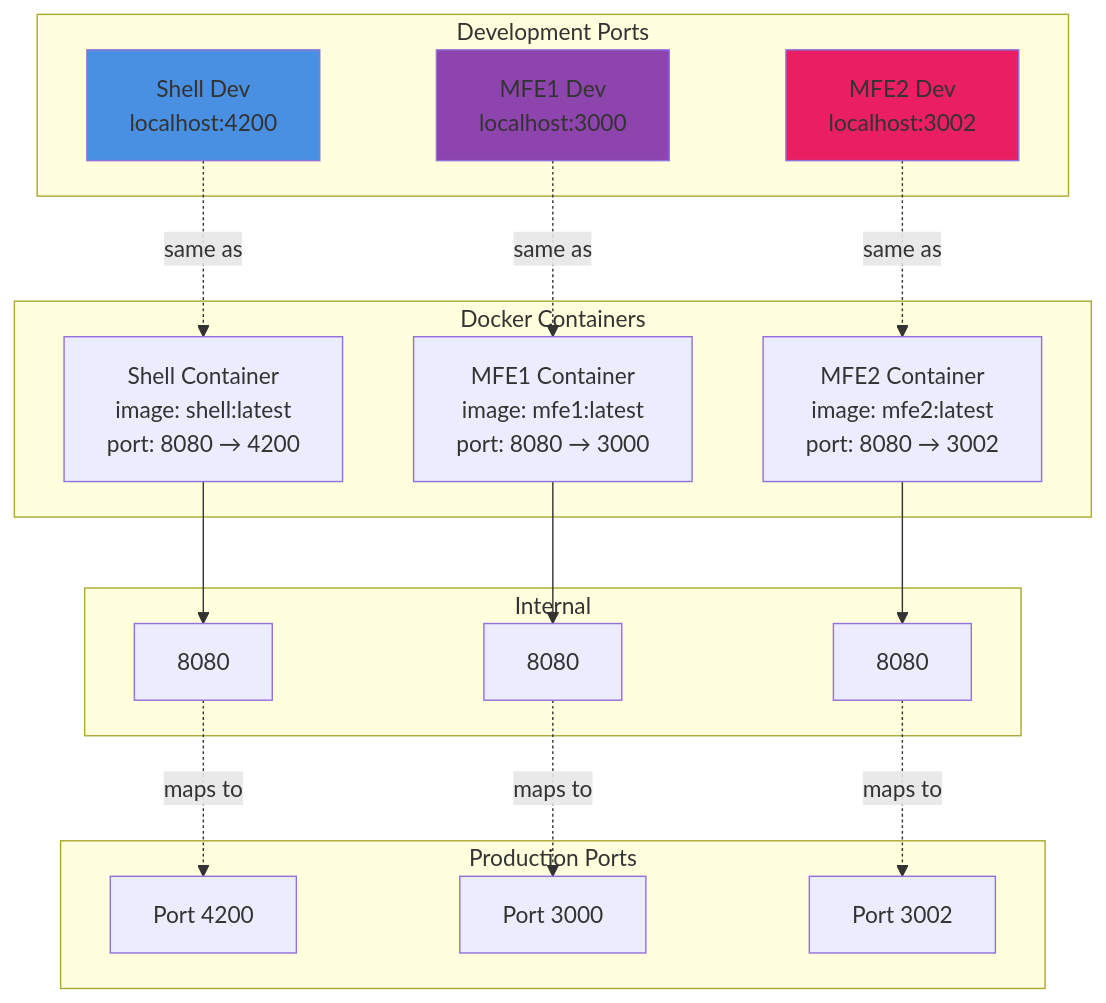
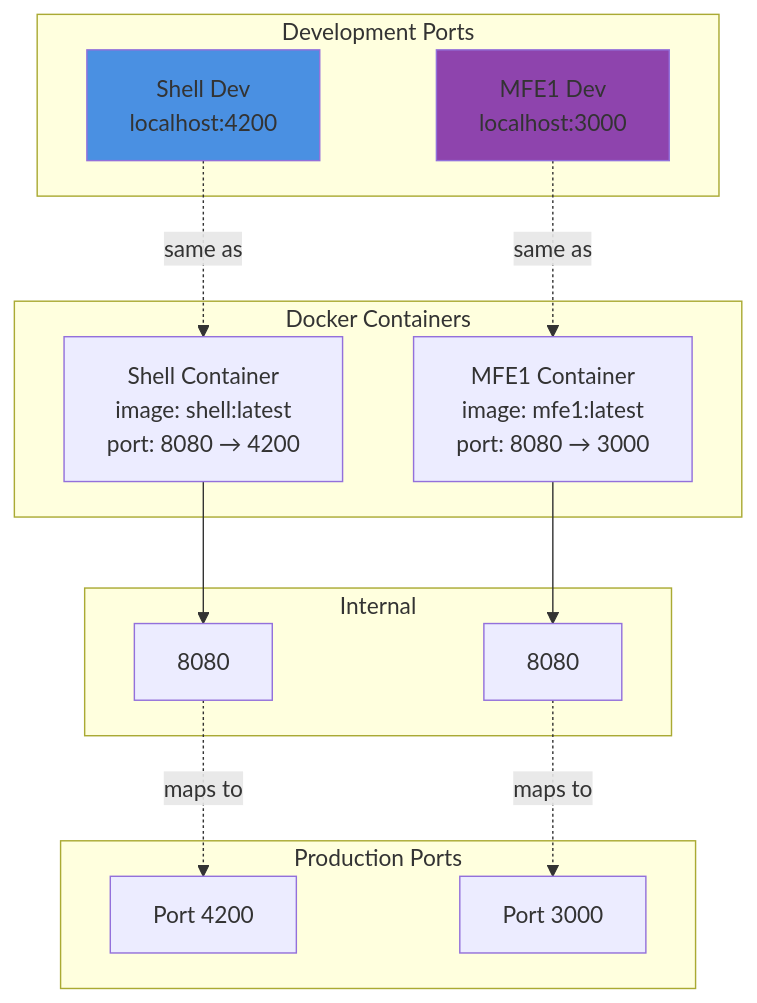
The eighth of 13 diagrams in spec/ARCHITECTURE.md (PolecatWorks/Mfe-shell), drawn with Mermaid before and after one commit. The commit also changed other lines of this file and 58 other files, not shown here.

Commit message:
chore: retire mfe2-container and legacy spec/requirements docs

````diff
--- a/spec/ARCHITECTURE.md
+++ b/spec/ARCHITECTURE.md
@@ -377,42 +323,34 @@
 ```mermaid
 graph TB
     subgraph "Development Ports"
         ShellDev["Shell Dev<br/>localhost:4200"]
         MFE1Dev["MFE1 Dev<br/>localhost:3000"]
-        MFE2Dev["MFE2 Dev<br/>localhost:3002"]
     end
     
     subgraph "Docker Containers"
         ShellImg["Shell Container<br/>image: shell:latest<br/>port: 8080 → 4200"]
         MFE1Img["MFE1 Container<br/>image: mfe1:latest<br/>port: 8080 → 3000"]
-        MFE2Img["MFE2 Container<br/>image: mfe2:latest<br/>port: 8080 → 3002"]
     end
     
     subgraph "Production Ports"
         ShellProd["Port 4200"]
         MFE1Prod["Port 3000"]
-        MFE2Prod["Port 3002"]
     end
     
     subgraph "Internal"
         ShellInt["8080"]
         MFE1Int["8080"]
-        MFE2Int["8080"]
     end
     
     ShellDev -.->|same as| ShellImg
     MFE1Dev -.->|same as| MFE1Img
-    MFE2Dev -.->|same as| MFE2Img
     
     ShellImg --> ShellInt
     MFE1Img --> MFE1Int
-    MFE2Img --> MFE2Int
     
     ShellInt -.->|maps to| ShellProd
     MFE1Int -.->|maps to| MFE1Prod
-    MFE2Int -.->|maps to| MFE2Prod
     
     style ShellDev fill:#4A90E2
     style MFE1Dev fill:#8E44AD
-    style MFE2Dev fill:#E91E63
 ```
````
